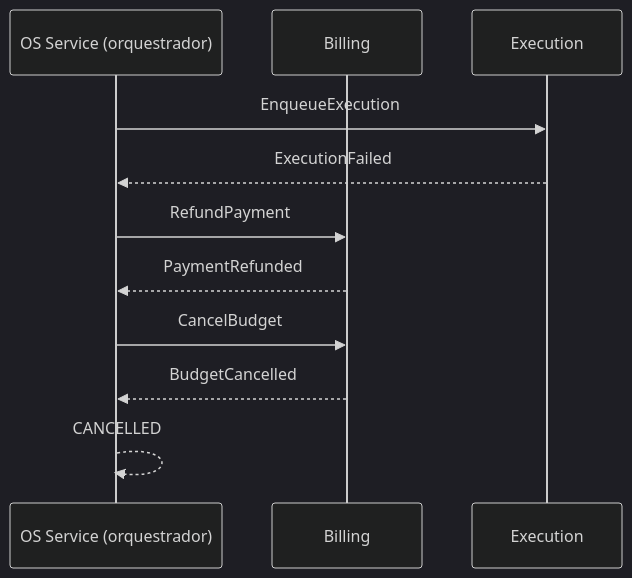
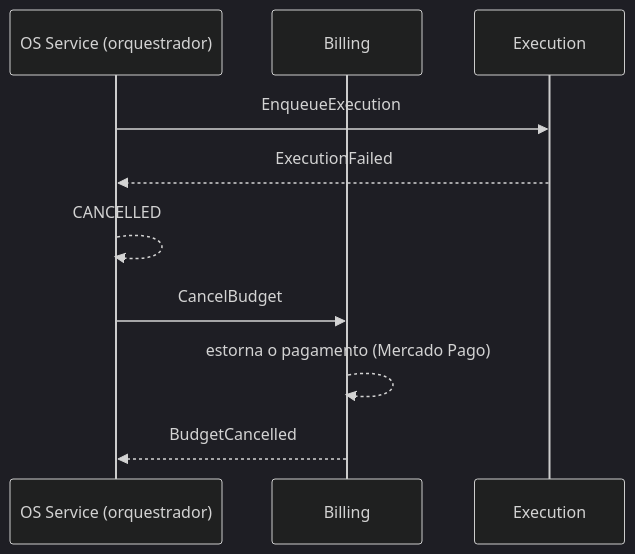
Before and after one commit to Torque-OS/mechanics-software: the third of 3 diagrams in docs/architecture/architecture-fase4.md, drawn with Mermaid (dark theme). The commit also changed other lines of this file and 2 other files, not shown here.

Commit message:
docs: document saga commands sent by the OS Service and replace RefundPayment with CancelBudget

````diff
--- a/docs/architecture/architecture-fase4.md
+++ b/docs/architecture/architecture-fase4.md
@@ -59,13 +59,12 @@
 ```mermaid
 sequenceDiagram
     participant OS as OS Service (orquestrador)
     participant B as Billing
     participant E as Execution
     OS->>E: EnqueueExecution
     E-->>OS: ExecutionFailed
-    OS->>B: RefundPayment
-    B-->>OS: PaymentRefunded
+    OS-->>OS: CANCELLED
     OS->>B: CancelBudget
+    B-->>B: estorna o pagamento (Mercado Pago)
     B-->>OS: BudgetCancelled
-    OS-->>OS: CANCELLED
 ```
````
